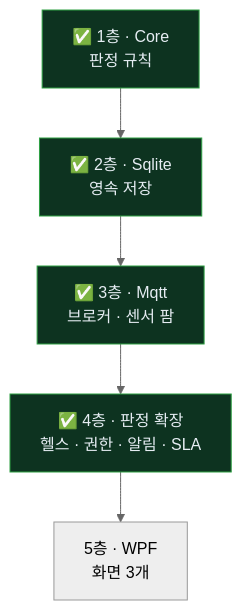
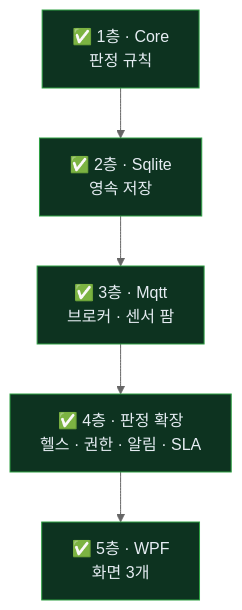
The seventh of 7 diagrams in docs/architecture.md (bosung2000/IoTSensorDashboard), drawn with Mermaid (neutral theme) before and after one commit. The commit also changed other lines of this file and 2 other files, not shown here.

Commit message:
docs: 5층 반영 - 전 층 완료 · 빌드/실행 안내 · 사양 공백 2건

````diff
--- a/docs/architecture.md
+++ b/docs/architecture.md
@@ -392,12 +392,13 @@
 ```mermaid
 flowchart TD
     L1["✅ 1층 · Core<br/>판정 규칙"] --> L2["✅ 2층 · Sqlite<br/>영속 저장"]
     L2 --> L3["✅ 3층 · Mqtt<br/>브로커 · 센서 팜"]
     L3 --> L4["✅ 4층 · 판정 확장<br/>헬스 · 권한 · 알림 · SLA"]
-    L4 --> L5["5층 · WPF<br/>화면 3개"]
+    L4 --> L5["✅ 5층 · WPF<br/>화면 3개"]
 
     style L1 fill:#0d3320,stroke:#2ea043,color:#e6edf3
     style L2 fill:#0d3320,stroke:#2ea043,color:#e6edf3
     style L3 fill:#0d3320,stroke:#2ea043,color:#e6edf3
     style L4 fill:#0d3320,stroke:#2ea043,color:#e6edf3
+    style L5 fill:#0d3320,stroke:#2ea043,color:#e6edf3
 ```
````
